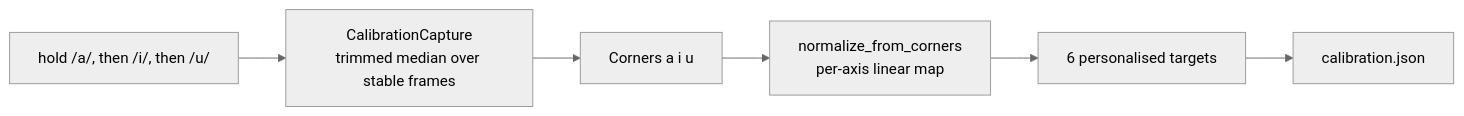
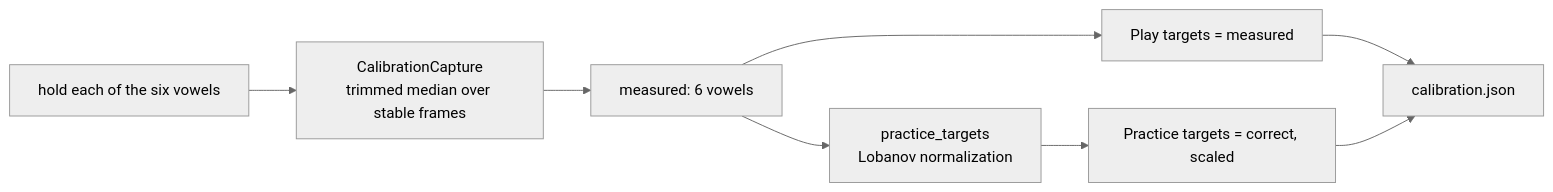
The fourth of 4 diagrams in docs/src/visualizer.md (pipejesus/rondelek-twst-1), drawn with Mermaid (neutral theme) before and after one commit. The commit also changed other lines of this file and 9 other files, not shown here.

First line of the commit message:
feat(vowel): two-mode calibration (Practice/Play), Lobanov + Bark

````diff
--- a/docs/src/visualizer.md
+++ b/docs/src/visualizer.md
@@ -148,8 +148,10 @@
 ```mermaid
 flowchart LR
-    say[hold /a/, then /i/, then /u/] --> cap[CalibrationCapture<br/>trimmed median over stable frames]
-    cap --> corners[Corners a i u]
-    corners --> norm[normalize_from_corners<br/>per-axis linear map]
-    norm --> proto[6 personalised targets]
-    proto --> save[calibration.json]
+    say[hold each of the six vowels] --> cap[CalibrationCapture<br/>trimmed median over stable frames]
+    cap --> measured[measured: 6 vowels]
+    measured --> play[Play targets = measured]
+    measured --> norm[practice_targets<br/>Lobanov normalization]
+    norm --> practice[Practice targets = correct, scaled]
+    play --> save[calibration.json]
+    practice --> save
 ```
````
